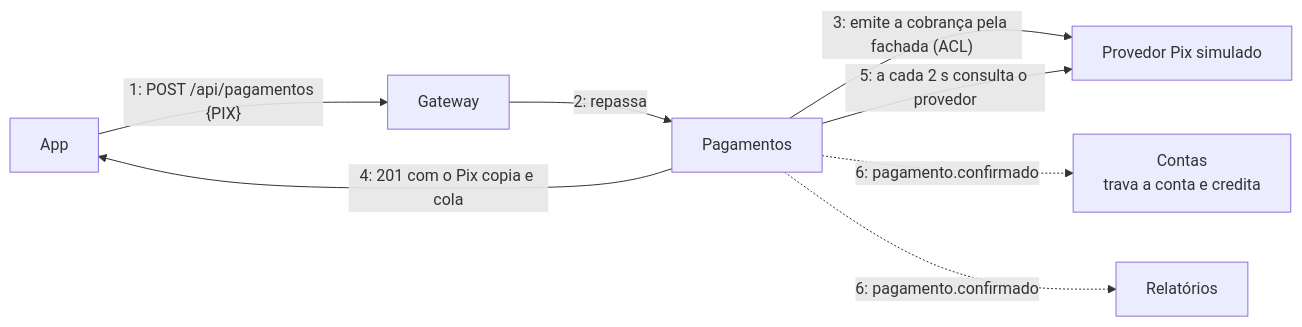
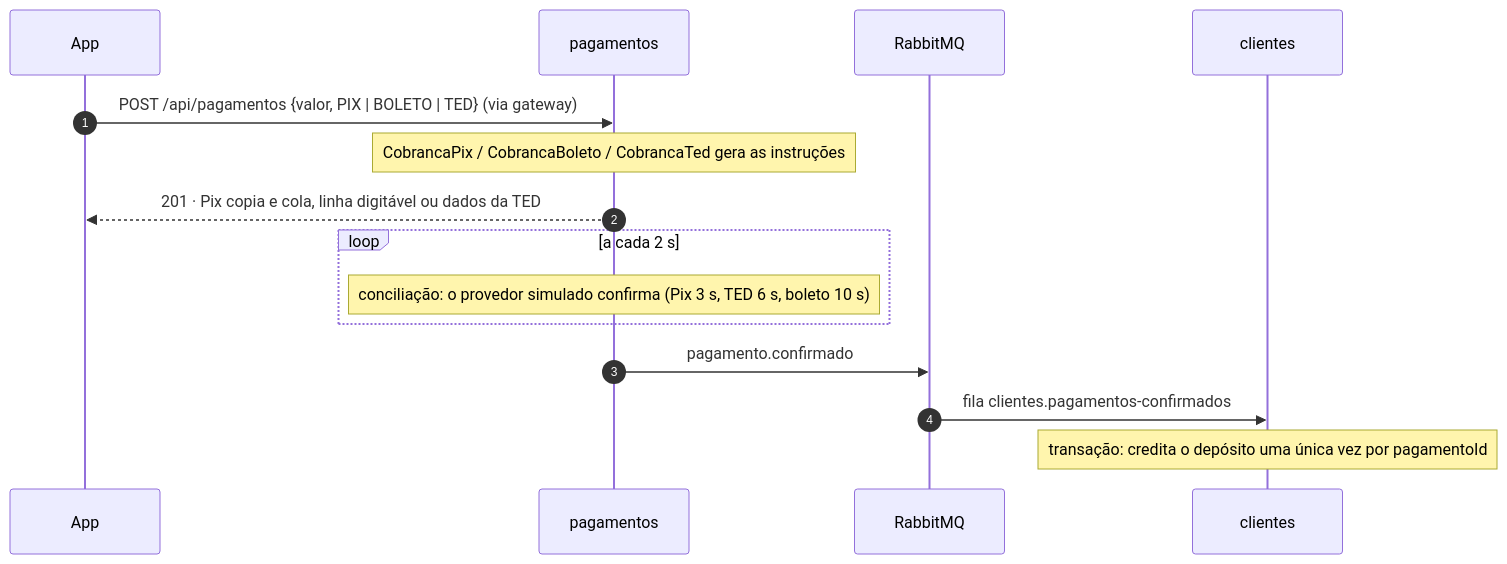
One commit to Endrigogustavo/OrbitaPay changed the seventh of 7 diagrams in docs/comunicacao.md. Above: the diagram before and after it, drawn with Mermaid. The commit also changed other lines of this file and 788 other files, not shown here.

First line of the commit message:
refactor(backend): rewrite as 6 clean-architecture microservices

````diff
--- a/docs/comunicacao.md
+++ b/docs/comunicacao.md
@@ -175,10 +140,17 @@
 ```mermaid
-flowchart LR
-    APP["App"] -->|"1: POST /api/pagamentos {PIX}"| GW["Gateway"]
-    GW -->|"2: repassa"| PAG["Pagamentos"]
-    PAG -->|"3: emite a cobrança pela fachada (ACL)"| PSP["Provedor Pix simulado"]
-    PAG -->|"4: 201 com o Pix copia e cola"| APP
-    PAG -->|"5: a cada 2 s consulta o provedor"| PSP
-    PAG -.->|"6: pagamento.confirmado"| CON["Contas<br/>trava a conta e credita"]
-    PAG -.->|"6: pagamento.confirmado"| REL["Relatórios"]
+sequenceDiagram
+    autonumber
+    participant APP as App
+    participant PAG as pagamentos
+    participant MQ as RabbitMQ
+    participant CLI as clientes
+    APP->>PAG: POST /api/pagamentos {valor, PIX | BOLETO | TED} (via gateway)
+    Note over PAG: CobrancaPix / CobrancaBoleto / CobrancaTed gera as instruções
+    PAG-->>APP: 201 · Pix copia e cola, linha digitável ou dados da TED
+    loop a cada 2 s
+        Note over PAG: conciliação: o provedor simulado confirma (Pix 3 s, TED 6 s, boleto 10 s)
+    end
+    PAG->>MQ: pagamento.confirmado
+    MQ->>CLI: fila clientes.pagamentos-confirmados
+    Note over CLI: transação: credita o depósito uma única vez por pagamentoId
 ```
````
